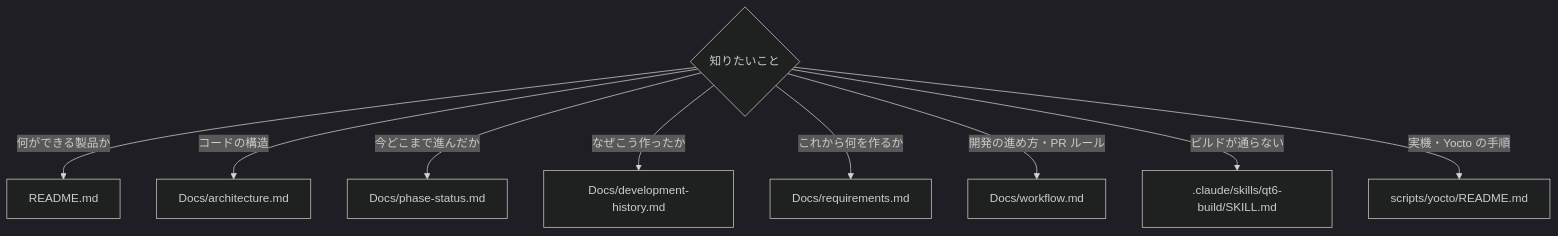
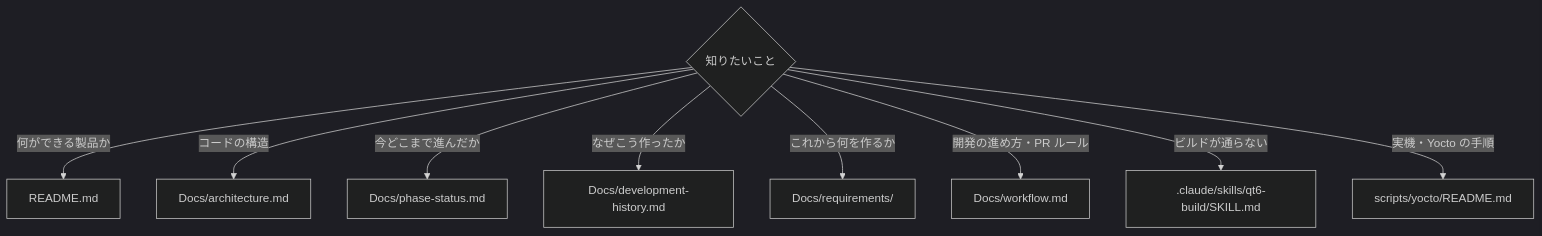
Before and after one commit to hang-up33/hmi-platform: the diagram in DOCS-MAP.md, drawn with Mermaid (dark theme). The commit also changed other lines of this file and 25 other files, not shown here.

````diff
--- a/DOCS-MAP.md
+++ b/DOCS-MAP.md
@@ -18,12 +18,12 @@
 ```mermaid
 flowchart TD
     Q{知りたいこと}
     Q -->|何ができる製品か| A["README.md"]
     Q -->|コードの構造| B["Docs/architecture.md"]
     Q -->|今どこまで進んだか| C["Docs/phase-status.md"]
     Q -->|なぜこう作ったか| D["Docs/development-history.md"]
-    Q -->|これから何を作るか| E["Docs/requirements.md"]
+    Q -->|これから何を作るか| E["Docs/requirements/"]
     Q -->|開発の進め方・PR ルール| F["Docs/workflow.md"]
     Q -->|ビルドが通らない| G[".claude/skills/qt6-build/SKILL.md"]
     Q -->|実機・Yocto の手順| H["scripts/yocto/README.md"]
 ```
````
